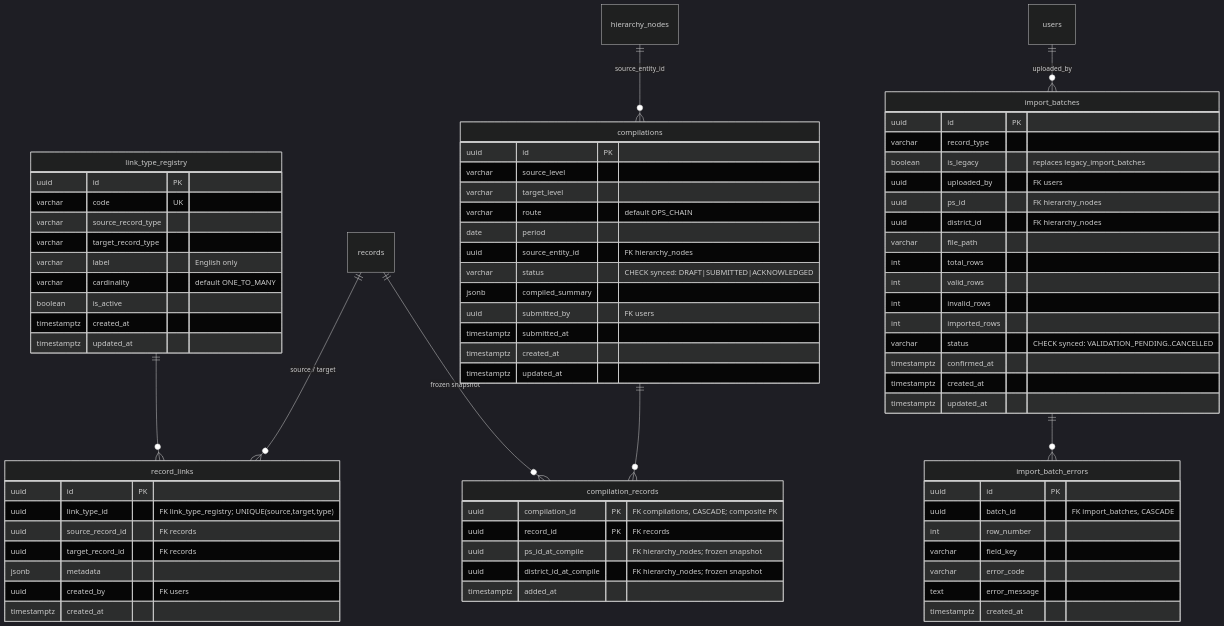
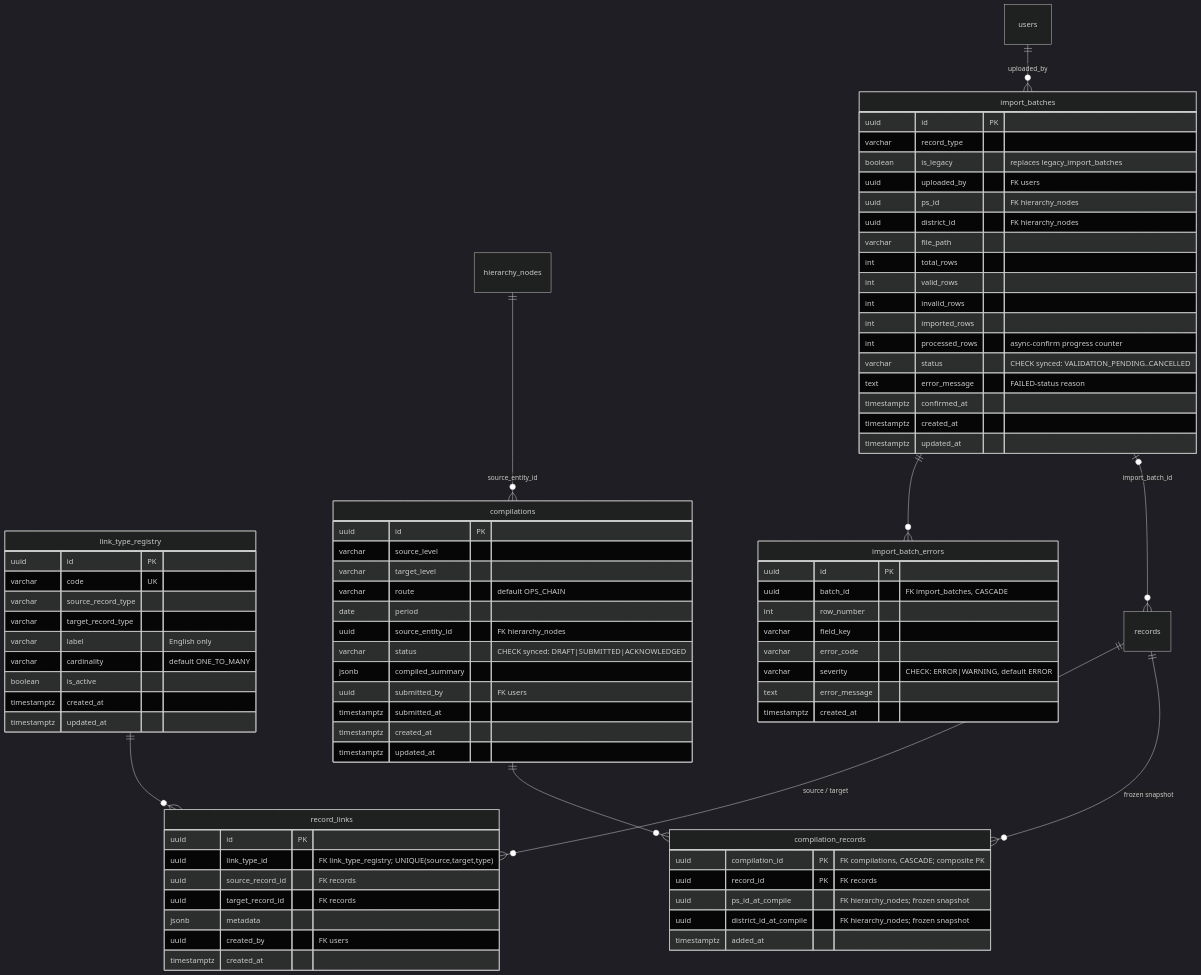
Before and after one commit to kshitijsince2004/dp: the sixth of 8 diagrams in docs/db-audit/ER_DIAGRAM.md, drawn with Mermaid (dark theme). The commit also changed other lines of this file and 127 other files, not shown here.

````diff
--- a/docs/db-audit/ER_DIAGRAM.md
+++ b/docs/db-audit/ER_DIAGRAM.md
@@ -633,78 +636,82 @@
 ```mermaid
 erDiagram
     link_type_registry ||--o{ record_links : ""
     records ||--o{ record_links : "source / target"
     hierarchy_nodes ||--o{ compilations : "source_entity_id"
     compilations ||--o{ compilation_records : ""
     records ||--o{ compilation_records : "frozen snapshot"
     import_batches ||--o{ import_batch_errors : ""
     users ||--o{ import_batches : "uploaded_by"
+    import_batches |o--o{ records : "import_batch_id"
 
     link_type_registry {
         uuid id PK
         varchar code UK
         varchar source_record_type
         varchar target_record_type
         varchar label "English only"
         varchar cardinality "default ONE_TO_MANY"
         boolean is_active
         timestamptz created_at
         timestamptz updated_at
     }
     record_links {
         uuid id PK
         uuid link_type_id "FK link_type_registry; UNIQUE(source,target,type)"
         uuid source_record_id "FK records"
         uuid target_record_id "FK records"
         jsonb metadata
         uuid created_by "FK users"
         timestamptz created_at
     }
     compilations {
         uuid id PK
         varchar source_level
         varchar target_level
         varchar route "default OPS_CHAIN"
         date period
         uuid source_entity_id "FK hierarchy_nodes"
         varchar status "CHECK synced: DRAFT|SUBMITTED|ACKNOWLEDGED"
         jsonb compiled_summary
         uuid submitted_by "FK users"
         timestamptz submitted_at
         timestamptz created_at
         timestamptz updated_at
     }
     compilation_records {
         uuid compilation_id PK "FK compilations, CASCADE; composite PK"
         uuid record_id PK "FK records"
         uuid ps_id_at_compile "FK hierarchy_nodes; frozen snapshot"
         uuid district_id_at_compile "FK hierarchy_nodes; frozen snapshot"
         timestamptz added_at
     }
     import_batches {
         uuid id PK
         varchar record_type
         boolean is_legacy "replaces legacy_import_batches"
         uuid uploaded_by "FK users"
         uuid ps_id "FK hierarchy_nodes"
         uuid district_id "FK hierarchy_nodes"
         varchar file_path
         int total_rows
         int valid_rows
         int invalid_rows
         int imported_rows
+        int processed_rows "async-confirm progress counter"
         varchar status "CHECK synced: VALIDATION_PENDING..CANCELLED"
+        text error_message "FAILED-status reason"
         timestamptz confirmed_at
         timestamptz created_at
         timestamptz updated_at
     }
     import_batch_errors {
         uuid id PK
         uuid batch_id "FK import_batches, CASCADE"
         int row_number
         varchar field_key
         varchar error_code
+        varchar severity "CHECK: ERROR|WARNING, default ERROR"
         text error_message
         timestamptz created_at
     }
 ```
````
